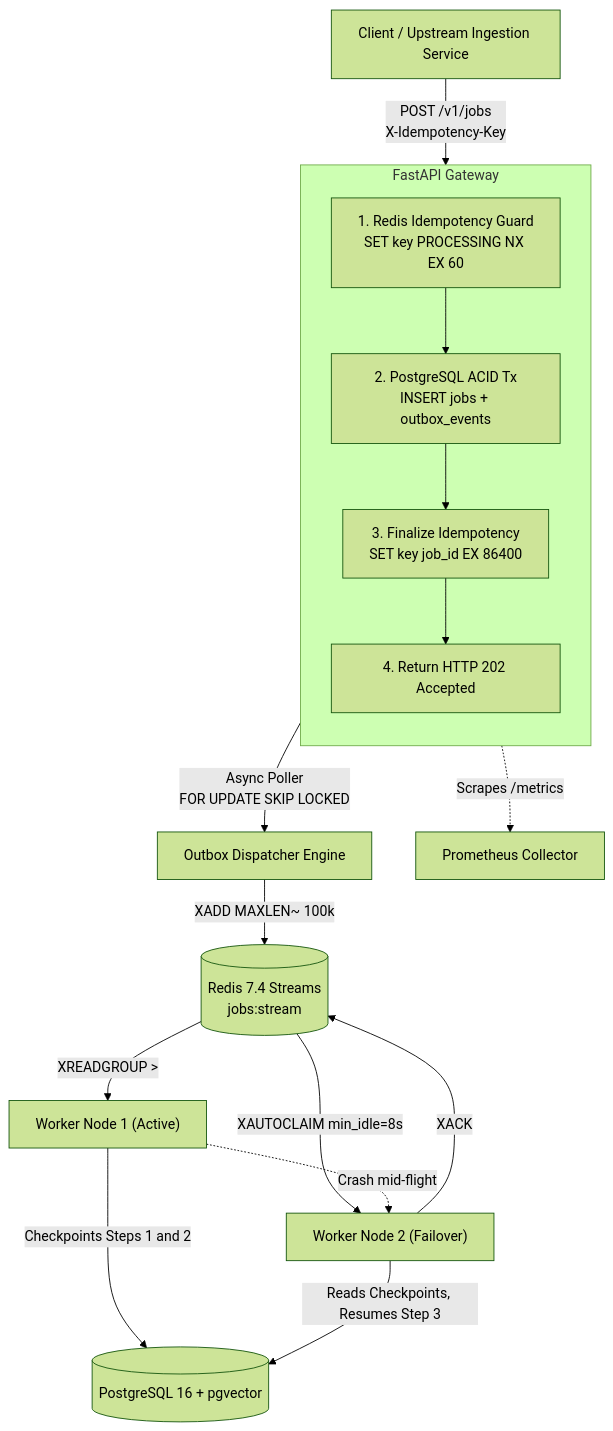
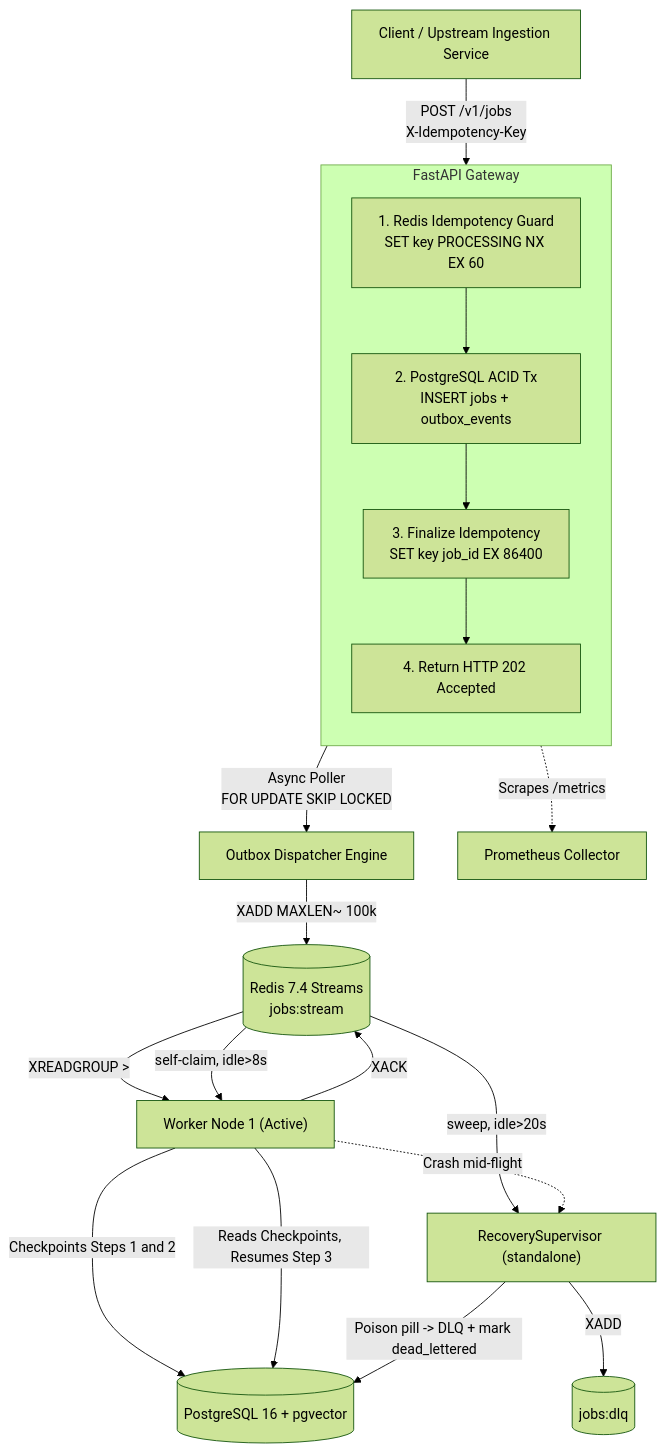
Before and after one commit to Vipash/genai-execution-engine: the first of 2 diagrams in README.md, drawn with Mermaid (forest theme). The commit also changed other lines of this file and 2 other files, not shown here.

````diff
--- a/README.md
+++ b/README.md
@@ -46,23 +49,26 @@
 ```mermaid
 flowchart TD
     Client["Client / Upstream Ingestion Service"] -->|POST /v1/jobs<br/>X-Idempotency-Key| Gateway
 
     subgraph Gateway["FastAPI Gateway"]
         direction TB
         G1["1. Redis Idempotency Guard<br/>SET key PROCESSING NX EX 60"] --> G2["2. PostgreSQL ACID Tx<br/>INSERT jobs + outbox_events"]
         G2 --> G3["3. Finalize Idempotency<br/>SET key job_id EX 86400"]
         G3 --> G4["4. Return HTTP 202 Accepted"]
     end
 
     Gateway -->|Async Poller<br/>FOR UPDATE SKIP LOCKED| Dispatcher["Outbox Dispatcher Engine"]
     Dispatcher -->|XADD MAXLEN~ 100k| Stream[("Redis 7.4 Streams<br/>jobs:stream")]
 
     Stream -->|XREADGROUP >| Worker1["Worker Node 1 (Active)"]
-    Stream -->|XAUTOCLAIM min_idle=8s| Worker2["Worker Node 2 (Failover)"]
+    Stream -->|self-claim, idle&gt;8s| Worker1
+    Stream -->|sweep, idle&gt;20s| Supervisor["RecoverySupervisor (standalone)"]
 
-    Worker1 -.->|Crash mid-flight| Worker2
+    Worker1 -.->|Crash mid-flight| Supervisor
     Worker1 -->|Checkpoints Steps 1 and 2| PG[("PostgreSQL 16 + pgvector")]
-    Worker2 -->|Reads Checkpoints, Resumes Step 3| PG
-    Worker2 -->|XACK| Stream
+    Worker1 -->|Reads Checkpoints, Resumes Step 3| PG
+    Worker1 -->|XACK| Stream
+    Supervisor -->|Poison pill -&gt; DLQ + mark dead_lettered| PG
+    Supervisor -->|XADD| DLQ[("jobs:dlq")]
     Gateway -.->|Scrapes /metrics| Prometheus["Prometheus Collector"]
 ```
````
